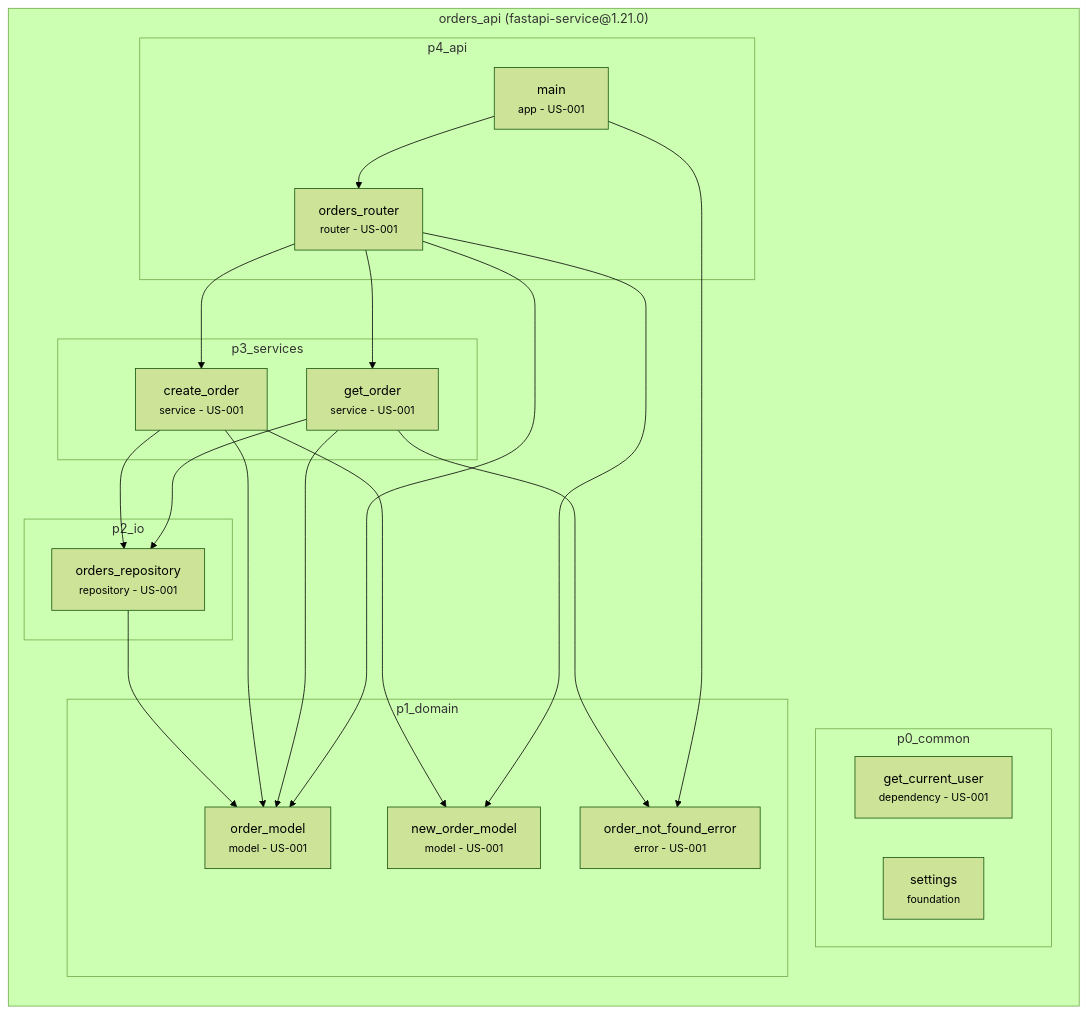
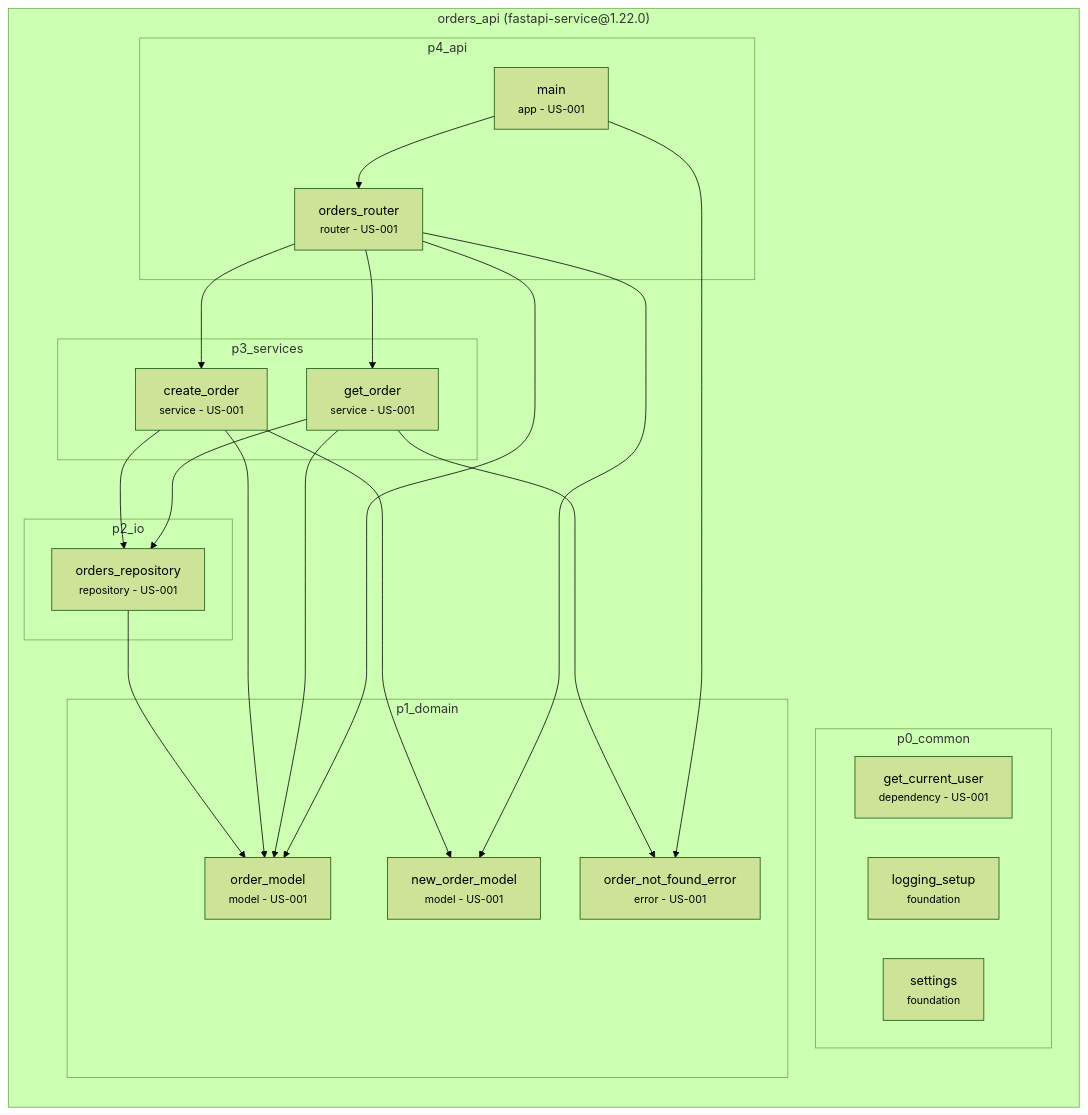
One commit to archvow/archvow-plugin changed the diagram in contract/archvow/examples/fastapi-service/.archvow/spec.md. Above: the diagram before and after it, drawn with Mermaid (forest theme). The commit also changed other lines of this file and 87 other files, not shown here.

````diff
--- a/contract/archvow/examples/fastapi-service/.archvow/spec.md
+++ b/contract/archvow/examples/fastapi-service/.archvow/spec.md
@@ -11,40 +11,41 @@
 ```mermaid
 flowchart TB
-  subgraph orders_api["orders_api (fastapi-service@1.21.0)"]
+  subgraph orders_api["orders_api (fastapi-service@1.22.0)"]
     direction TB
     subgraph orders_api__p0_common["p0_common"]
       orders_api__get_current_user["get_current_user<br/><small>dependency - US-001</small>"]
+      orders_api__logging_setup["logging_setup<br/><small>foundation</small>"]
       orders_api__settings["settings<br/><small>foundation</small>"]
     end
     subgraph orders_api__p1_domain["p1_domain"]
       orders_api__new_order_model["new_order_model<br/><small>model - US-001</small>"]
       orders_api__order_model["order_model<br/><small>model - US-001</small>"]
       orders_api__order_not_found_error["order_not_found_error<br/><small>error - US-001</small>"]
     end
     subgraph orders_api__p2_io["p2_io"]
       orders_api__orders_repository["orders_repository<br/><small>repository - US-001</small>"]
     end
     subgraph orders_api__p3_services["p3_services"]
       orders_api__create_order["create_order<br/><small>service - US-001</small>"]
       orders_api__get_order["get_order<br/><small>service - US-001</small>"]
     end
     subgraph orders_api__p4_api["p4_api"]
       orders_api__main["main<br/><small>app - US-001</small>"]
       orders_api__orders_router["orders_router<br/><small>router - US-001</small>"]
     end
   end
   orders_api__orders_repository --> orders_api__order_model
   orders_api__create_order --> orders_api__order_model
   orders_api__create_order --> orders_api__new_order_model
   orders_api__create_order --> orders_api__orders_repository
   orders_api__get_order --> orders_api__order_model
   orders_api__get_order --> orders_api__order_not_found_error
   orders_api__get_order --> orders_api__orders_repository
   orders_api__main --> orders_api__orders_router
   orders_api__main --> orders_api__order_not_found_error
   orders_api__orders_router --> orders_api__create_order
   orders_api__orders_router --> orders_api__get_order
   orders_api__orders_router --> orders_api__order_model
   orders_api__orders_router --> orders_api__new_order_model
   classDef empty fill:none,stroke:none
 ```
````
